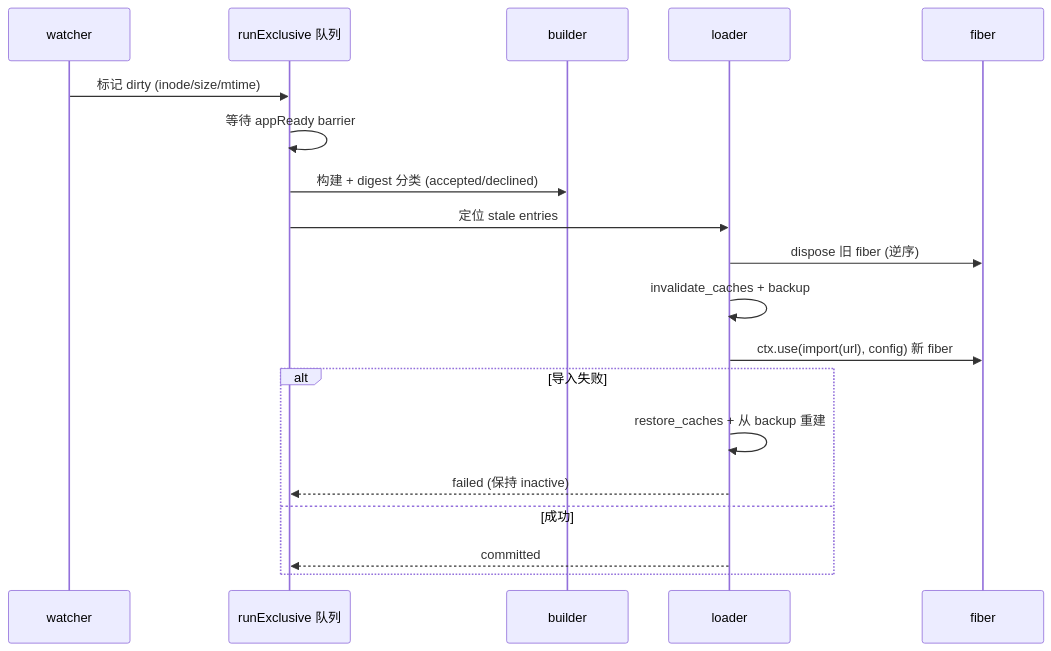
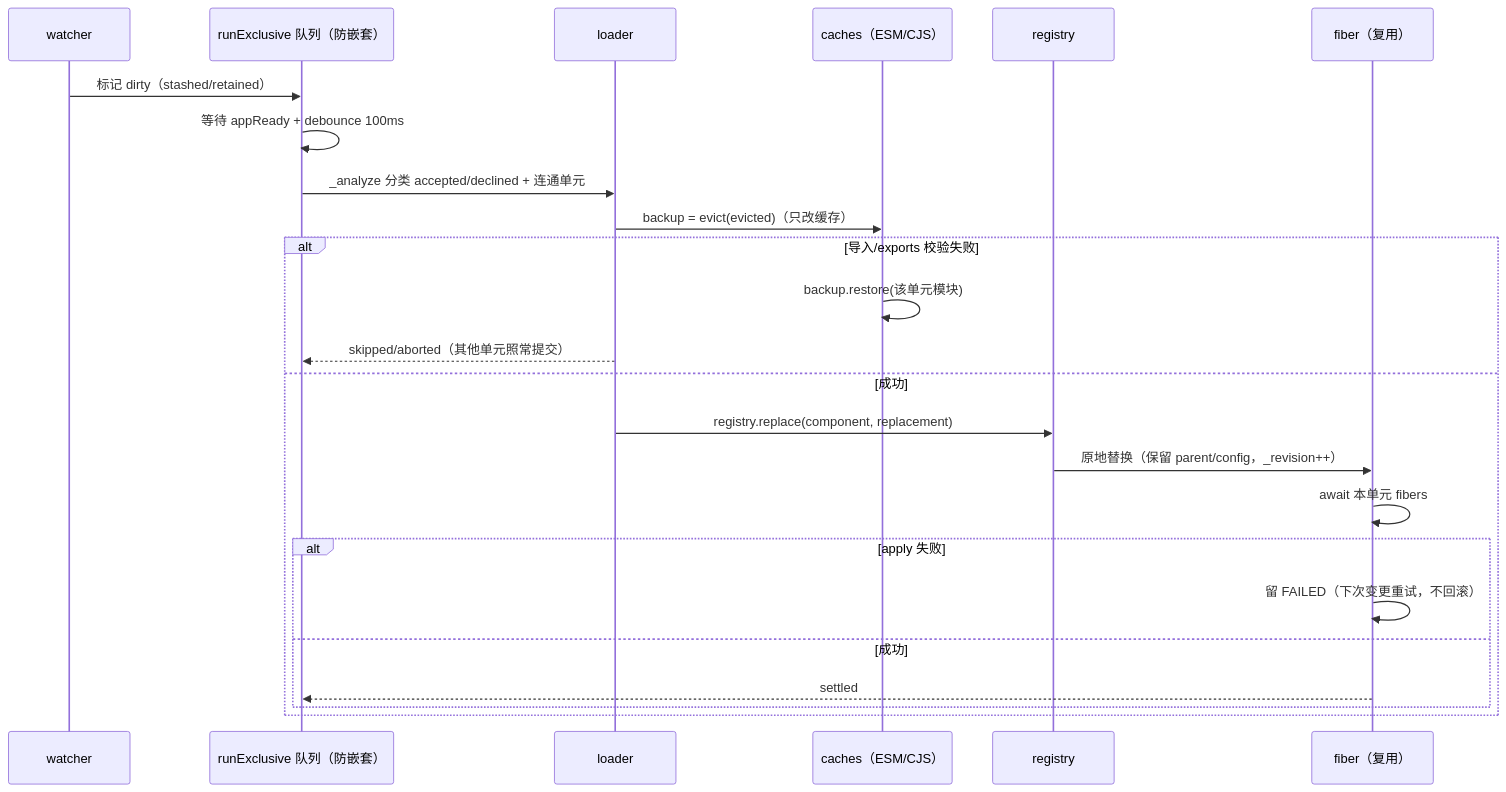
One commit to jesspig/zeta-agent changed the third of 3 diagrams in docs/desgin/framework/components.md. Above: the diagram before and after it, drawn with Mermaid. The commit also changed other lines of this file and 6 other files, not shown here.

````diff
--- a/docs/desgin/framework/components.md
+++ b/docs/desgin/framework/components.md
@@ -188,21 +194,26 @@
 ```mermaid
 sequenceDiagram
     participant W as watcher
-    participant Q as runExclusive 队列
-    participant B as builder
+    participant Q as runExclusive 队列（防嵌套）
     participant L as loader
-    participant F as fiber
-    W->>Q: 标记 dirty (inode/size/mtime)
-    Q->>Q: 等待 appReady barrier
-    Q->>B: 构建 + digest 分类 (accepted/declined)
-    Q->>L: 定位 stale entries
-    L->>F: dispose 旧 fiber (逆序)
-    L->>L: invalidate_caches + backup
-    L->>F: ctx.use(import(url), config) 新 fiber
-    alt 导入失败
-        L->>L: restore_caches + 从 backup 重建
-        L-->>Q: failed (保持 inactive)
+    participant C as caches（ESM/CJS）
+    participant R as registry
+    participant F as fiber（复用）
+    W->>Q: 标记 dirty（stashed/retained）
+    Q->>Q: 等待 appReady + debounce 100ms
+    Q->>L: _analyze 分类 accepted/declined + 连通单元
+    L->>C: backup = evict(evicted)（只改缓存）
+    alt 导入/exports 校验失败
+        C->>C: backup.restore(该单元模块)
+        L-->>Q: skipped/aborted（其他单元照常提交）
     else 成功
-        L-->>Q: committed
+        L->>R: registry.replace(component, replacement)
+        R->>F: 原地替换（保留 parent/config，_revision++）
+        F->>F: await 本单元 fibers
+        alt apply 失败
+            F->>F: 留 FAILED（下次变更重试，不回滚）
+        else 成功
+            F-->>Q: settled
+        end
     end
 ```
````
